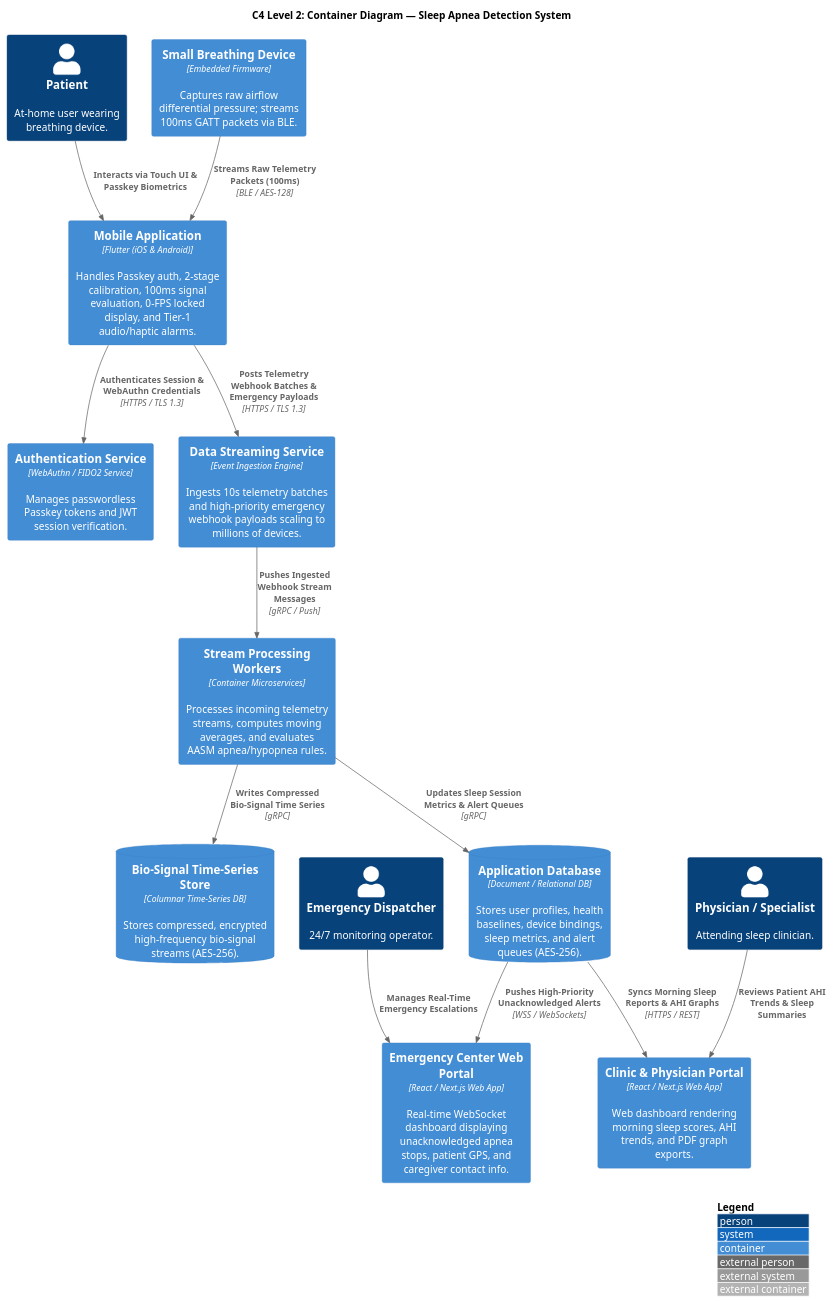
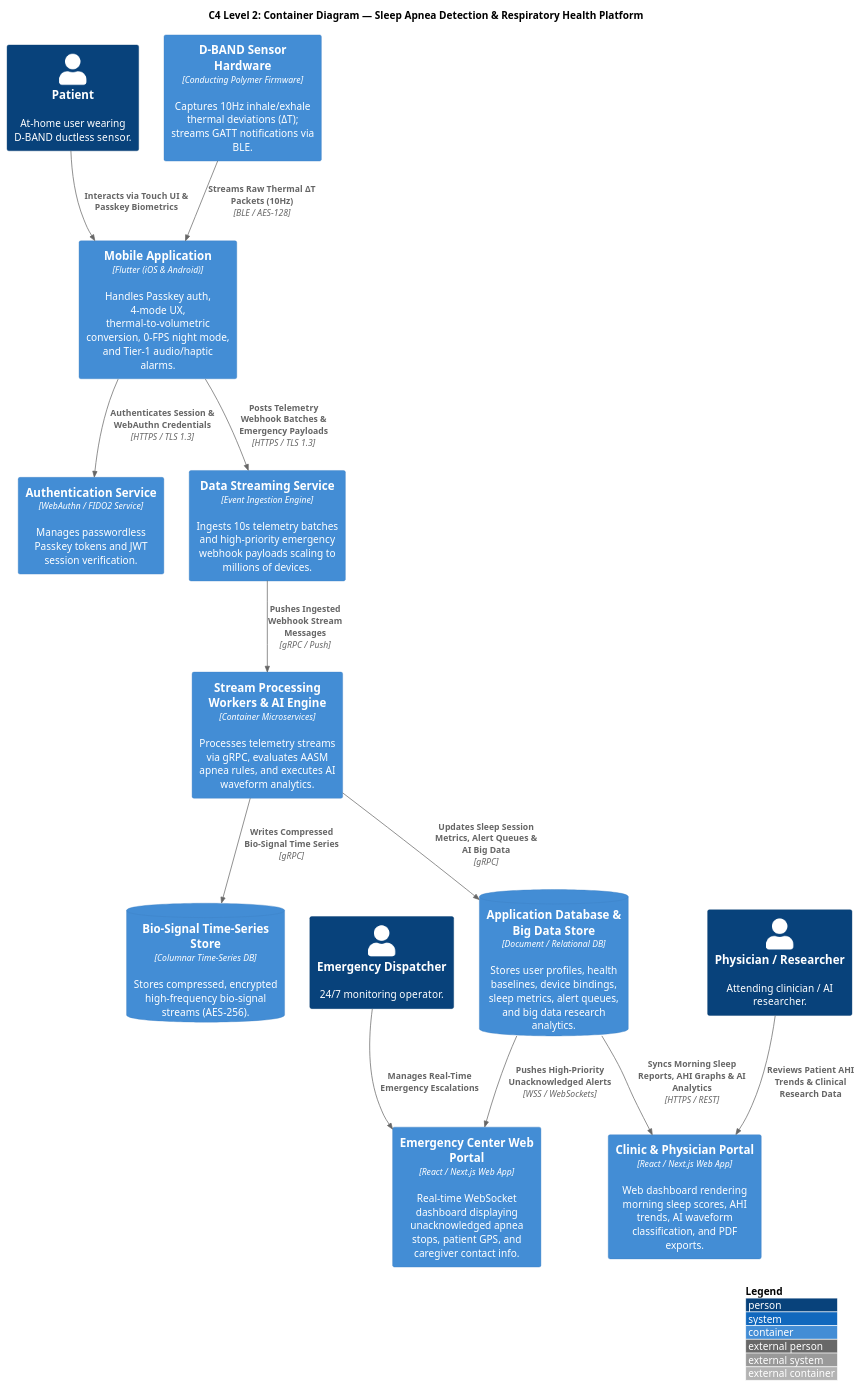
Before and after one commit to reidlai/masker-app: the second of 15 diagrams in _bmad-output/architecture/ARCHITECTURE-SPINE.md, drawn with PlantUML. The commit also changed other lines of this file and 5 other files, not shown here.

First line of the commit message:
feat(arch): update enterprise architecture spine v18.0.0 and prd v2.1.0

````diff
--- a/_bmad-output/architecture/ARCHITECTURE-SPINE.md
+++ b/_bmad-output/architecture/ARCHITECTURE-SPINE.md
@@ -64,44 +64,44 @@
 ```plantuml
 @startuml C4_Level2_Container_Diagram
 !include https://raw.githubusercontent.com/plantuml-stdlib/C4-PlantUML/master/C4_Container.puml
 
 LAYOUT_WITH_LEGEND()
 
-title C4 Level 2: Container Diagram — Sleep Apnea Detection System
+title C4 Level 2: Container Diagram — Sleep Apnea Detection & Respiratory Health Platform
 
-Person(patient, "Patient", "At-home user wearing breathing device.")
+Person(patient, "Patient", "At-home user wearing D-BAND ductless sensor.")
 Person(dispatcher, "Emergency Dispatcher", "24/7 monitoring operator.")
-Person(doctor, "Physician / Specialist", "Attending sleep clinician.")
+Person(doctor, "Physician / Researcher", "Attending clinician / AI researcher.")
 
-Container(hardware, "Small Breathing Device", "Embedded Firmware", "Captures raw airflow differential pressure; streams 100ms GATT packets via BLE.")
+Container(hardware, "D-BAND Sensor Hardware", "Conducting Polymer Firmware", "Captures 10Hz inhale/exhale thermal deviations (ΔT); streams GATT notifications via BLE.")
 
-Container(mobile_app, "Mobile Application", "Flutter (iOS & Android)", "Handles Passkey auth, 2-stage calibration, 100ms signal evaluation, 0-FPS locked display, and Tier-1 audio/haptic alarms.")
+Container(mobile_app, "Mobile Application", "Flutter (iOS & Android)", "Handles Passkey auth, 4-mode UX, thermal-to-volumetric conversion, 0-FPS night mode, and Tier-1 audio/haptic alarms.")
 
 Container(auth_service, "Authentication Service", "WebAuthn / FIDO2 Service", "Manages passwordless Passkey tokens and JWT session verification.")
 
 Container(data_streaming, "Data Streaming Service", "Event Ingestion Engine", "Ingests 10s telemetry batches and high-priority emergency webhook payloads scaling to millions of devices.")
 
-Container(stream_workers, "Stream Processing Workers", "Container Microservices", "Processes incoming telemetry streams, computes moving averages, and evaluates AASM apnea/hypopnea rules.")
+Container(stream_workers, "Stream Processing Workers & AI Engine", "Container Microservices", "Processes telemetry streams via gRPC, evaluates AASM apnea rules, and executes AI waveform analytics.")
 
 ContainerDb(timeseries_db, "Bio-Signal Time-Series Store", "Columnar Time-Series DB", "Stores compressed, encrypted high-frequency bio-signal streams (AES-256).")
 
-ContainerDb(app_db, "Application Database", "Document / Relational DB", "Stores user profiles, health baselines, device bindings, sleep metrics, and alert queues (AES-256).")
+ContainerDb(app_db, "Application Database & Big Data Store", "Document / Relational DB", "Stores user profiles, health baselines, device bindings, sleep metrics, alert queues, and big data research analytics.")
 
 Container(command_portal, "Emergency Center Web Portal", "React / Next.js Web App", "Real-time WebSocket dashboard displaying unacknowledged apnea stops, patient GPS, and caregiver contact info.")
 
-Container(clinic_portal, "Clinic & Physician Portal", "React / Next.js Web App", "Web dashboard rendering morning sleep scores, AHI trends, and PDF graph exports.")
+Container(clinic_portal, "Clinic & Physician Portal", "React / Next.js Web App", "Web dashboard rendering morning sleep scores, AHI trends, AI waveform classification, and PDF exports.")
 
-Rel(hardware, mobile_app, "Streams Raw Telemetry Packets (100ms)", "BLE / AES-128")
+Rel(hardware, mobile_app, "Streams Raw Thermal ΔT Packets (10Hz)", "BLE / AES-128")
 Rel(patient, mobile_app, "Interacts via Touch UI & Passkey Biometrics")
 Rel(mobile_app, auth_service, "Authenticates Session & WebAuthn Credentials", "HTTPS / TLS 1.3")
 Rel(mobile_app, data_streaming, "Posts Telemetry Webhook Batches & Emergency Payloads", "HTTPS / TLS 1.3")
 Rel(data_streaming, stream_workers, "Pushes Ingested Webhook Stream Messages", "gRPC / Push")
 Rel(stream_workers, timeseries_db, "Writes Compressed Bio-Signal Time Series", "gRPC")
-Rel(stream_workers, app_db, "Updates Sleep Session Metrics & Alert Queues", "gRPC")
+Rel(stream_workers, app_db, "Updates Sleep Session Metrics, Alert Queues & AI Big Data", "gRPC")
 Rel(app_db, command_portal, "Pushes High-Priority Unacknowledged Alerts", "WSS / WebSockets")
-Rel(app_db, clinic_portal, "Syncs Morning Sleep Reports & AHI Graphs", "HTTPS / REST")
+Rel(app_db, clinic_portal, "Syncs Morning Sleep Reports, AHI Graphs & AI Analytics", "HTTPS / REST")
 Rel(dispatcher, command_portal, "Manages Real-Time Emergency Escalations")
-Rel(doctor, clinic_portal, "Reviews Patient AHI Trends & Sleep Summaries")
+Rel(doctor, clinic_portal, "Reviews Patient AHI Trends & Clinical Research Data")
 
 @enduml
 ```
````
